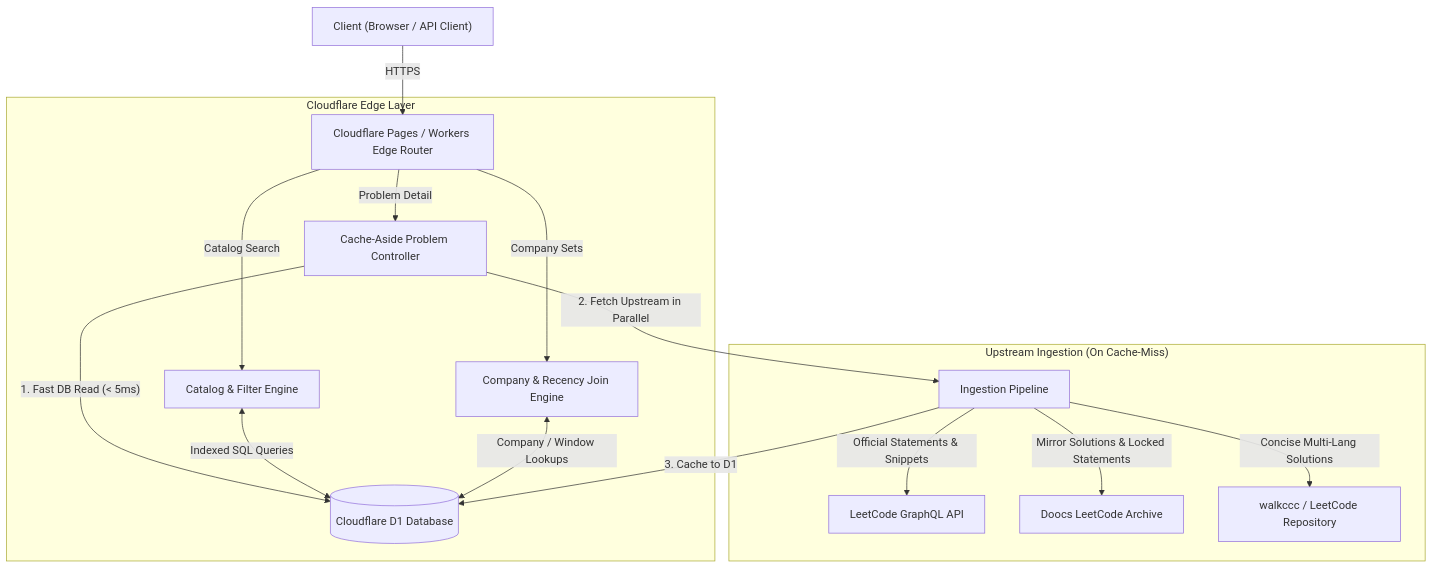
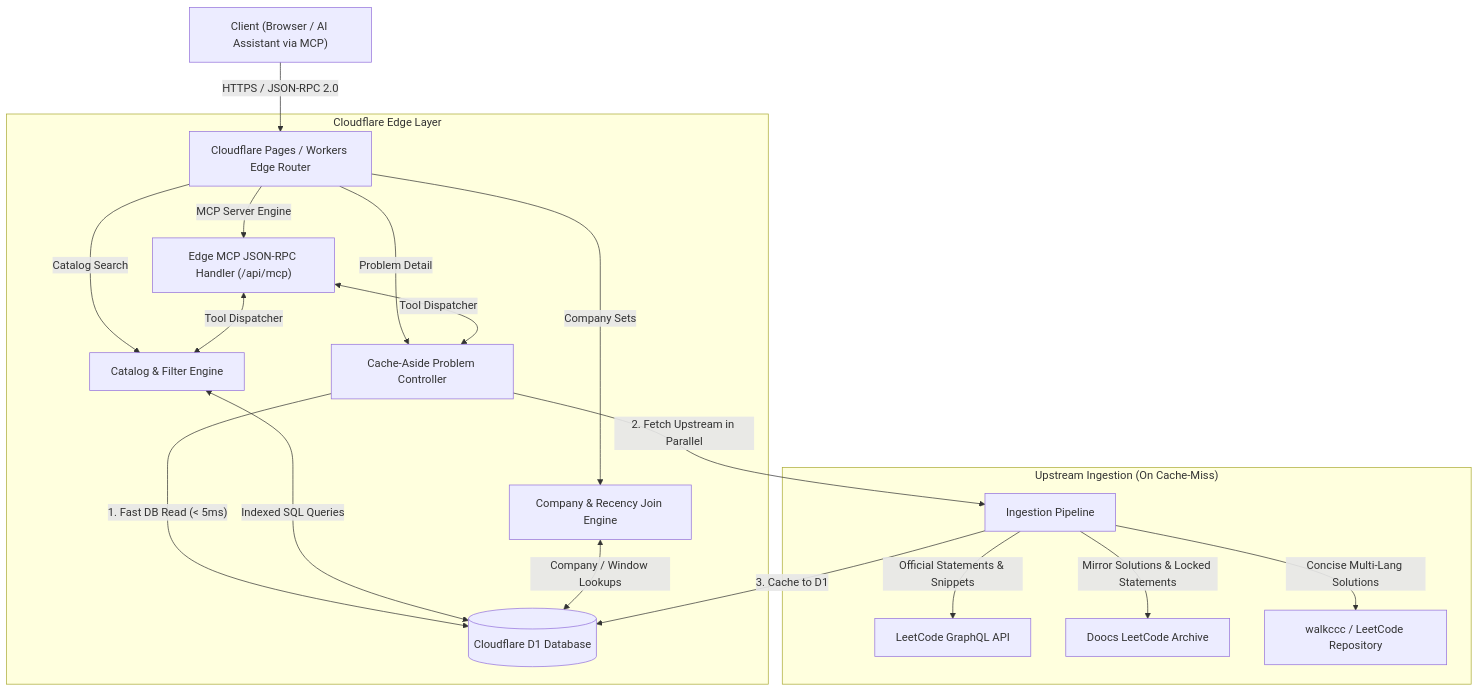
One commit to dev-ansung/leetbank changed the second of 2 diagrams in README.md. Above: the diagram before and after it, drawn with Mermaid. The commit also changed other lines of this file and 3 other files, not shown here.

Commit message:
feat(mcp): implement Remote Edge MCP server with 6 tools and update README

````diff
--- a/README.md
+++ b/README.md
@@ -124,22 +157,25 @@
 ```mermaid
 flowchart TD
-    User["Client (Browser / API Client)"] -->|"HTTPS"| EdgeRouter["Cloudflare Pages / Workers Edge Router"]
+    User["Client (Browser / AI Assistant via MCP)"] -->|"HTTPS / JSON-RPC 2.0"| EdgeRouter["Cloudflare Pages / Workers Edge Router"]
 
     subgraph CF_Edge["Cloudflare Edge Layer"]
+        EdgeRouter -->|"MCP Server Engine"| MCPEngine["Edge MCP JSON-RPC Handler (/api/mcp)"]
         EdgeRouter -->|"Catalog Search"| CatalogEngine["Catalog & Filter Engine"]
         EdgeRouter -->|"Company Sets"| CompanyEngine["Company & Recency Join Engine"]
         EdgeRouter -->|"Problem Detail"| CacheController["Cache-Aside Problem Controller"]
         
         CacheController -->|"1. Fast DB Read (< 5ms)"| D1_DB[("Cloudflare D1 Database")]
         CatalogEngine <-->|"Indexed SQL Queries"| D1_DB
         CompanyEngine <-->|"Company / Window Lookups"| D1_DB
+        MCPEngine <-->|"Tool Dispatcher"| CatalogEngine
+        MCPEngine <-->|"Tool Dispatcher"| CacheController
     end
 
     subgraph Upstream_Ingestion["Upstream Ingestion (On Cache-Miss)"]
         CacheController -->|"2. Fetch Upstream in Parallel"| Ingest["Ingestion Pipeline"]
         Ingest -->|"Official Statements & Snippets"| LC_GQL["LeetCode GraphQL API"]
         Ingest -->|"Mirror Solutions & Locked Statements"| Doocs_CDN["Doocs LeetCode Archive"]
         Ingest -->|"Concise Multi-Lang Solutions"| Walkccc_CDN["walkccc / LeetCode Repository"]
         Ingest -->|"3. Cache to D1"| D1_DB
     end
 ```
````
